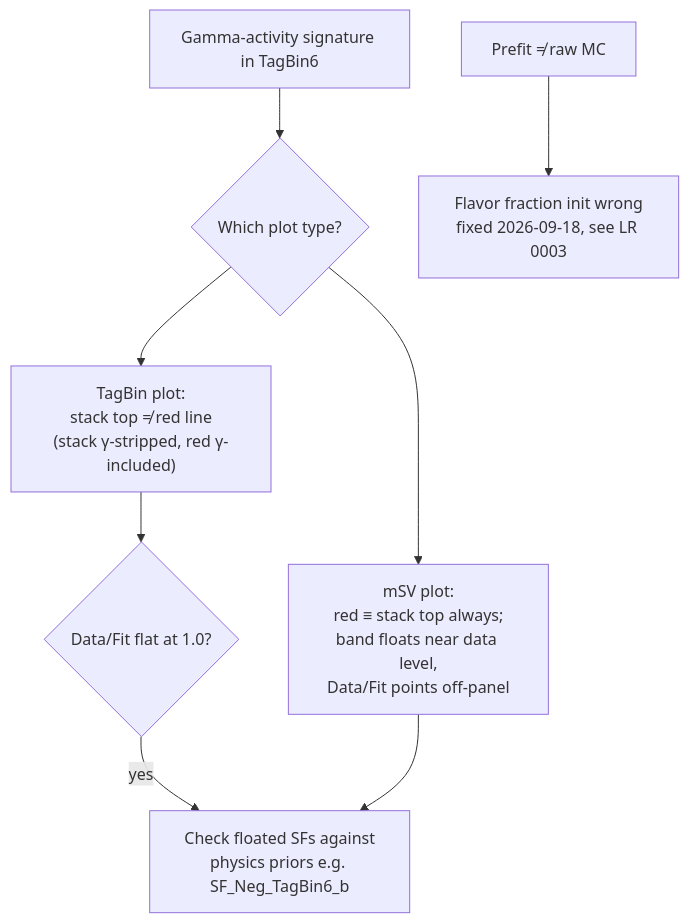
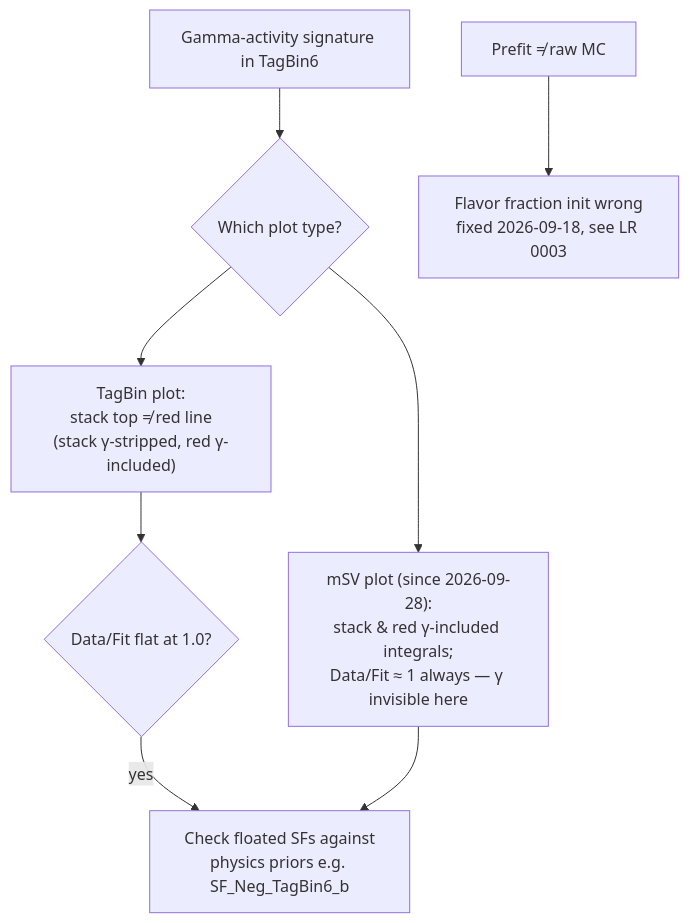
One commit to yfrua/FTAG_AQT_vault changed the diagram in lessons/reference/delta-method-and-plots.md. Above: the diagram before and after it, drawn with Mermaid. The commit also changed other lines of this file and 3 other files, not shown here.

````diff
--- a/lessons/reference/delta-method-and-plots.md
+++ b/lessons/reference/delta-method-and-plots.md
@@ -41,10 +41,10 @@
 ```mermaid
 flowchart TD
     A[Gamma-activity signature in TagBin6] --> B{Which plot type?}
     B --> C["TagBin plot:<br>stack top ≠ red line<br>(stack γ-stripped, red γ-included)"]
-    B --> D["mSV plot:<br>red ≡ stack top always;<br>band floats near data level,<br>Data/Fit points off-panel"]
+    B --> D["mSV plot (since 2026-09-28):<br>stack & red γ-included integrals;<br>Data/Fit ≈ 1 always — γ invisible here"]
     C --> E{Data/Fit flat at 1.0?}
     E -- yes --> F[Check floated SFs against<br>physics priors e.g. SF_Neg_TagBin6_b]
     D --> F
     G[Prefit ≠ raw MC] --> H[Flavor fraction init wrong<br>fixed 2026-09-18, see LR 0003]
 ```
````
